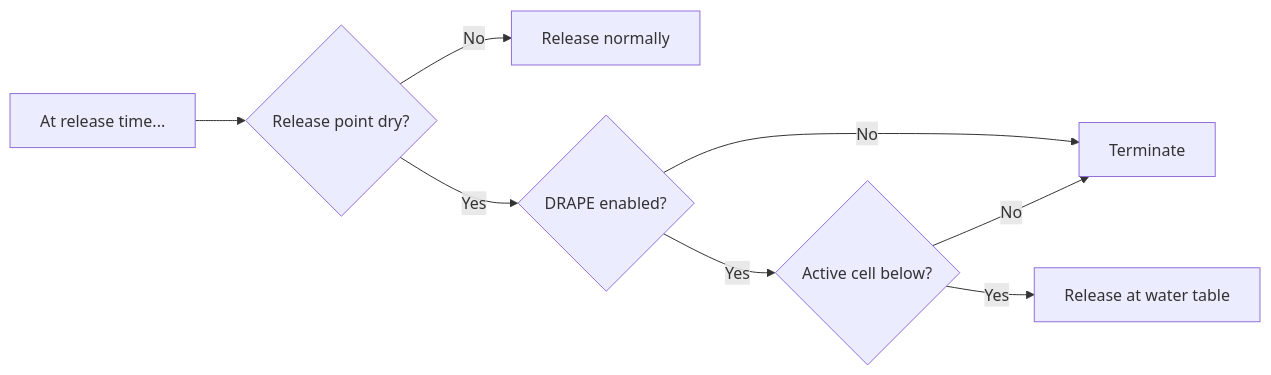
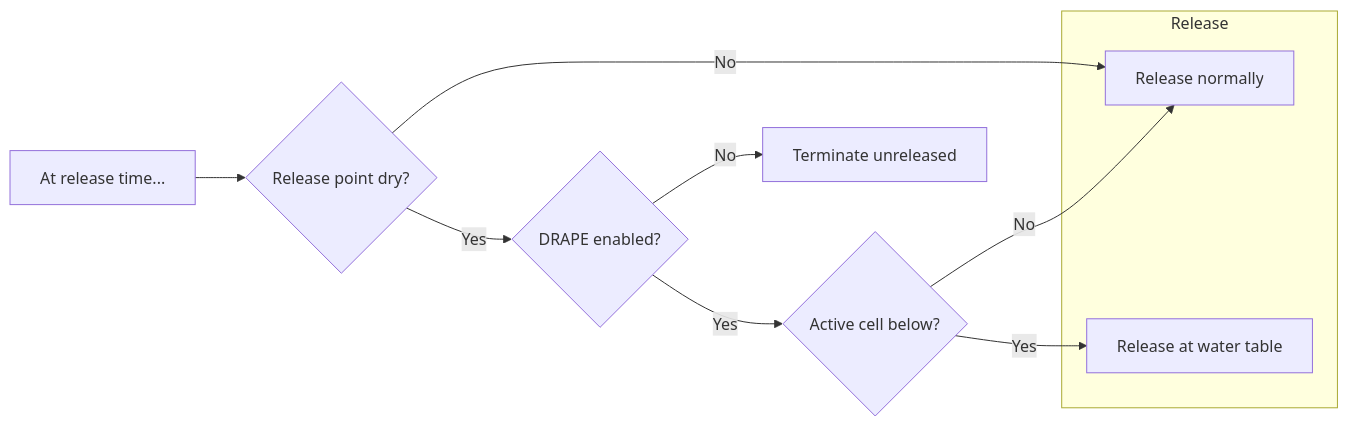
One commit to MODFLOW-USGS/modflow6 changed the first of 3 diagrams in src/Solution/ParticleTracker/vertical.md. Above: the diagram before and after it, drawn with Mermaid. The commit also changed other lines of this file and 7 other files, not shown here.

````diff
--- a/src/Solution/ParticleTracker/vertical.md
+++ b/src/Solution/ParticleTracker/vertical.md
@@ -15,10 +9,15 @@
 ```mermaid
 flowchart LR
     START[At release time...] --> DRY{Release point dry?}
     DRY --> |No| RELEASE[Release normally]
     DRY --> |Yes| DRAPE{DRAPE enabled?}
     DRAPE --> |Yes| WETBELOW{Active cell below?}
-    DRAPE --> |No| TERMINATE[Terminate]
-    WETBELOW --> |No| TERMINATE
+    DRAPE --> |No| TERMINATE[Terminate unreleased]
+    WETBELOW --> |No| RELEASE[Release normally]
     WETBELOW --> |Yes| RELEASE_AT_TABLE[Release at water table]
+    subgraph Release
+    RELEASE
+    RELEASE_AT_TABLE
+    end
+    TERMINATE
 ```
````
